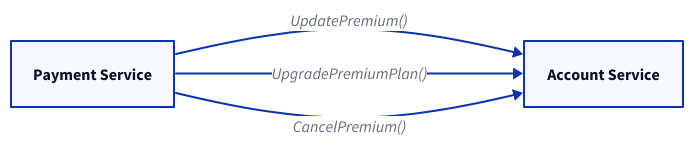
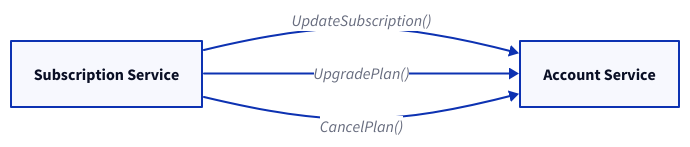
One commit to link1905/system-design-101 changed the seventh of 15 diagrams in content/docs/web-service/microservice.md. Above: the diagram before and after it, drawn with D2. The commit also changed other lines of this file and 10 other files, not shown here.

````diff
--- a/content/docs/web-service/microservice.md
+++ b/content/docs/web-service/microservice.md
@@ -314,12 +355,13 @@
 ```d2
 direction: right
-a: Payment Service {
+a: Subscription Service {
     class: server
 }
 b: Account Service {
     class: server
 }
-a -> b: "UpdatePremium()"
-a -> b: "UpgradePremiumPlan()"
-a -> b: "CancelPremium()"
+
+a -> b: "UpdateSubscription()"
+a -> b: "UpgradePlan()"
+a -> b: "CancelPlan()"
 ```
````
